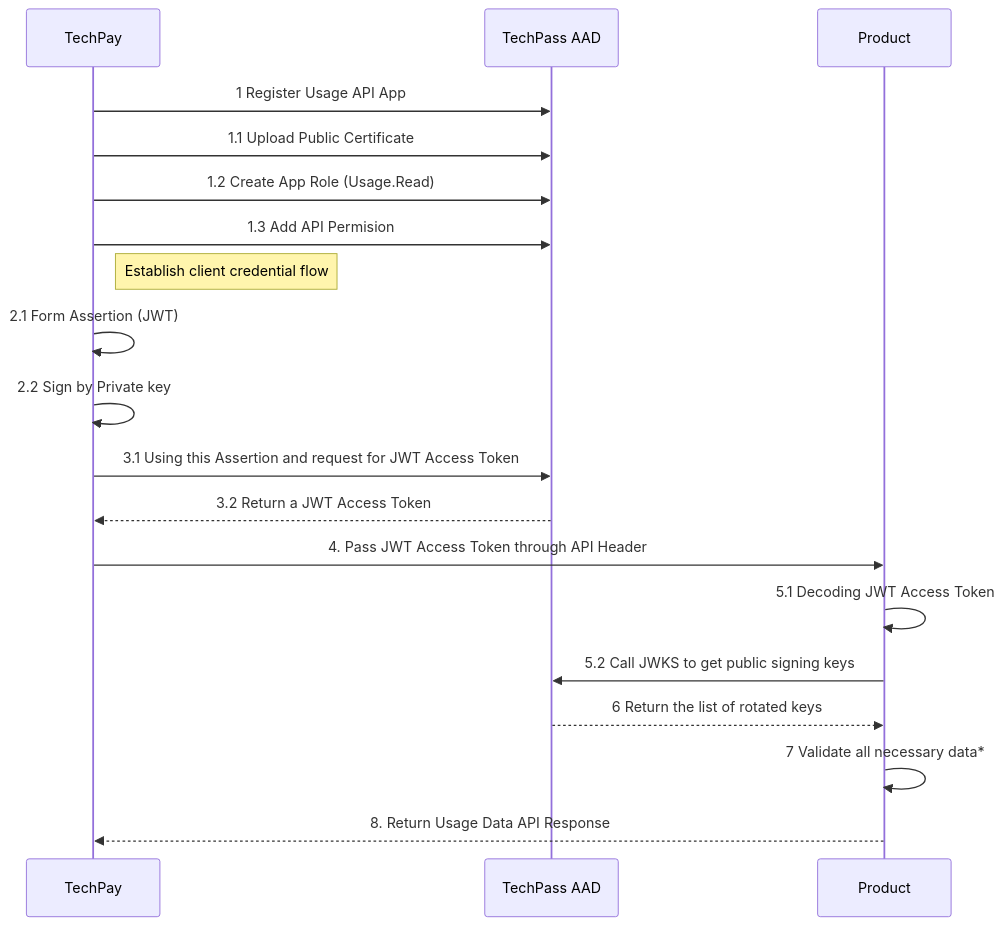
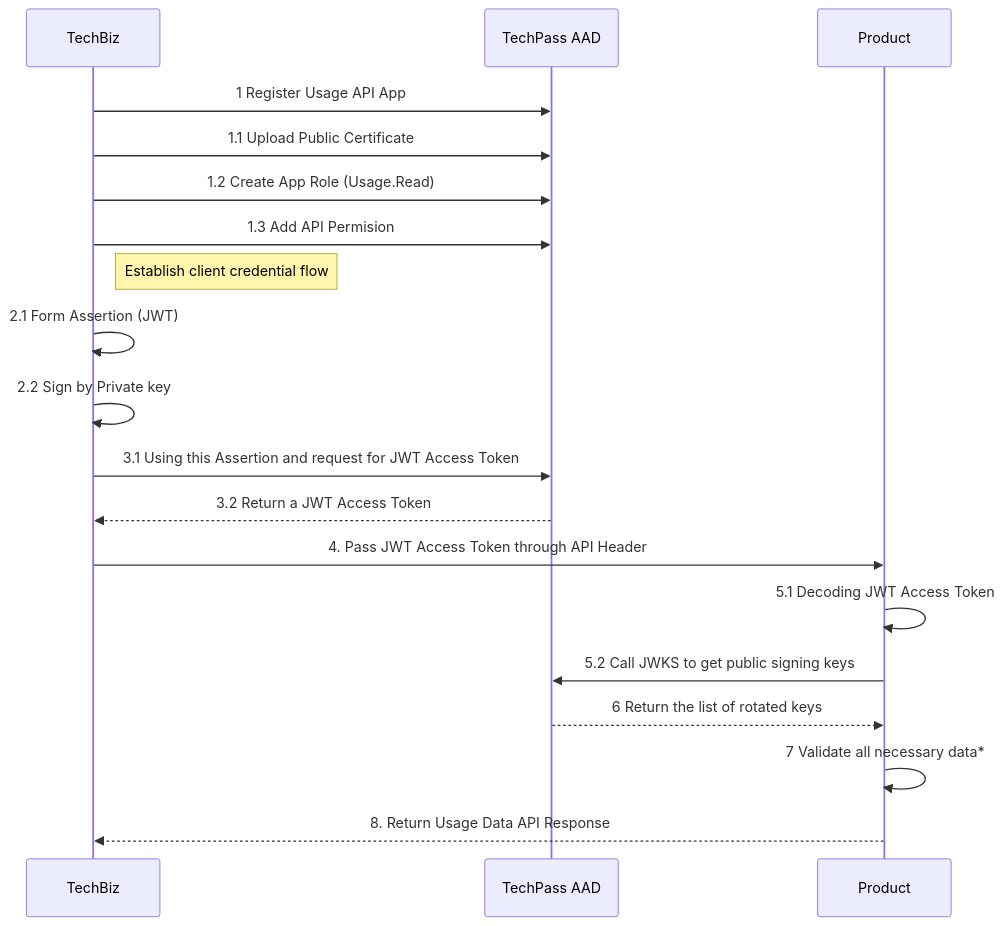
The first of 2 diagrams in docs/usage_api.md (sg-developer-portal/TechBiz-Documentation-Clone), drawn with Mermaid before and after one commit. The commit also changed other lines of this file, not shown here.

Commit message:
update usage api

````diff
--- a/docs/usage_api.md
+++ b/docs/usage_api.md
@@ -21,18 +30,18 @@
 ```mermaid
 sequenceDiagram
-TechPay->>TechPass AAD: 1 Register Usage API App
-TechPay->>TechPass AAD: 1.1 Upload Public Certificate
-TechPay->>TechPass AAD: 1.2 Create App Role (Usage.Read)
-TechPay->>TechPass AAD: 1.3 Add API Permision
-Note right of TechPay: Establish client credential flow
-TechPay->>TechPay: 2.1 Form Assertion (JWT)
-TechPay->>TechPay: 2.2 Sign by Private key
-TechPay->>TechPass AAD: 3.1 Using this Assertion and request for JWT Access Token
-TechPass AAD-->> TechPay: 3.2 Return a JWT Access Token
-TechPay->>Product: 4. Pass JWT Access Token through API Header
+TechBiz->>TechPass AAD: 1 Register Usage API App
+TechBiz->>TechPass AAD: 1.1 Upload Public Certificate
+TechBiz->>TechPass AAD: 1.2 Create App Role (Usage.Read)
+TechBiz->>TechPass AAD: 1.3 Add API Permision
+Note right of TechBiz: Establish client credential flow
+TechBiz->>TechBiz: 2.1 Form Assertion (JWT)
+TechBiz->>TechBiz: 2.2 Sign by Private key
+TechBiz->>TechPass AAD: 3.1 Using this Assertion and request for JWT Access Token
+TechPass AAD-->> TechBiz: 3.2 Return a JWT Access Token
+TechBiz->>Product: 4. Pass JWT Access Token through API Header
 Product->>Product: 5.1 Decoding JWT Access Token
 Product->>TechPass AAD: 5.2 Call JWKS to get public signing keys
 TechPass AAD-->>Product: 6 Return the list of rotated keys
 Product->>Product: 7 Validate all necessary data*
-Product-->>TechPay: 8. Return Usage Data API Response
+Product-->>TechBiz: 8. Return Usage Data API Response
 ```
````
